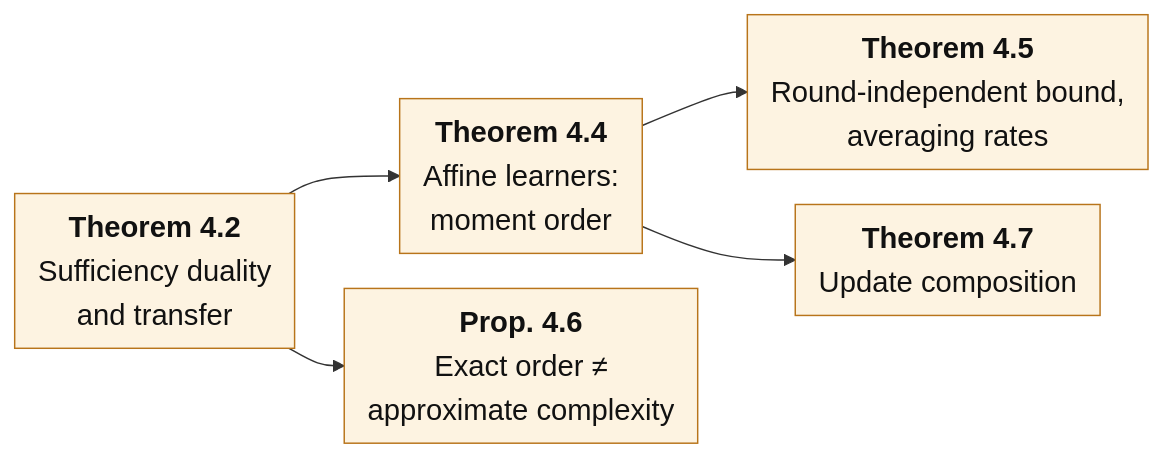
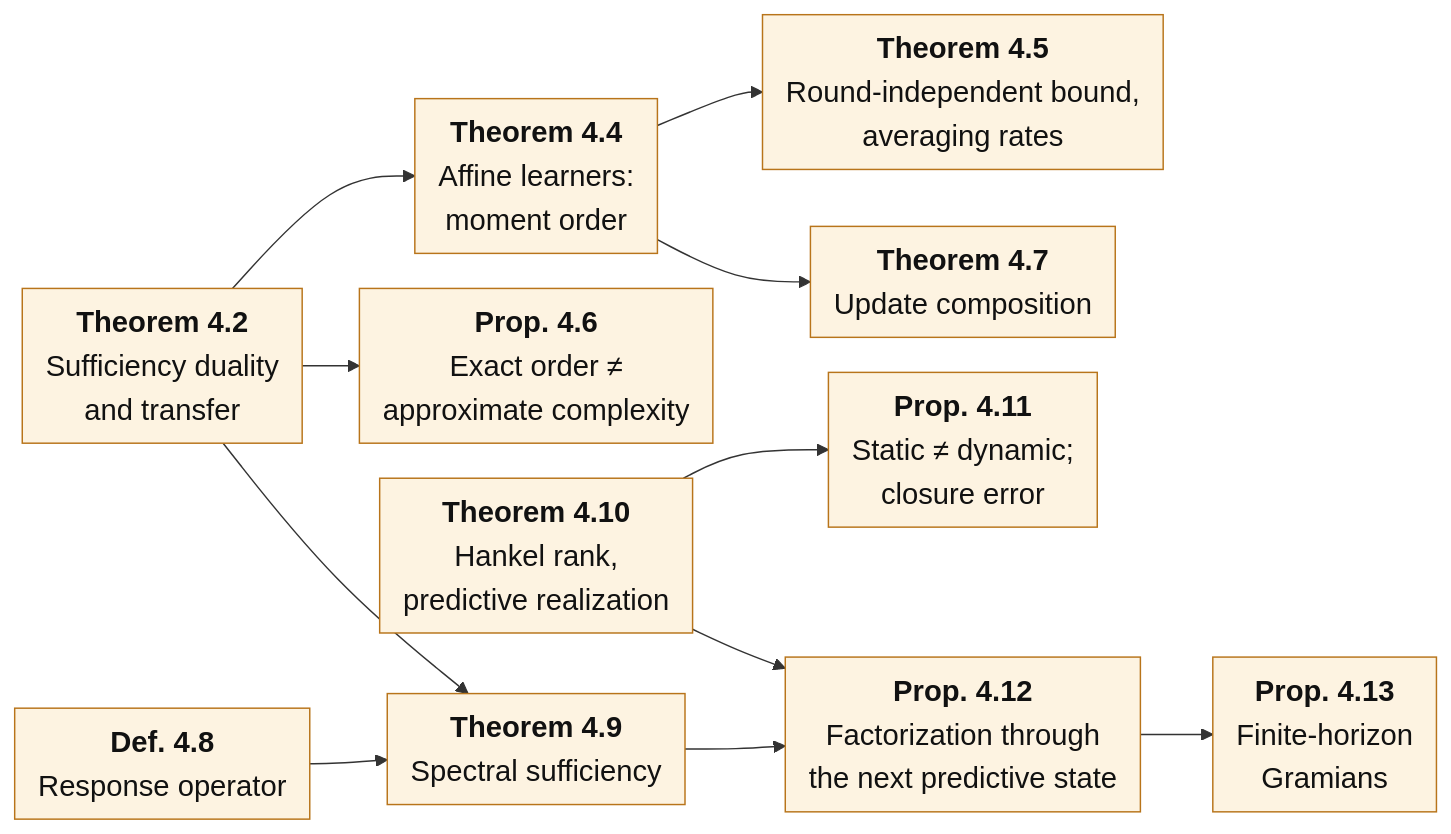
The fourth of 9 diagrams in theoretical_framework/README.md (XueqiC/ICML27_agent_distillation), drawn with Mermaid before and after one commit. The commit also changed other lines of this file and 222 other files, not shown here.

First line of the commit message:
Framework v0.17: continued-training sufficiency with the response operator as the unifying object

````diff
--- a/theoretical_framework/README.md
+++ b/theoretical_framework/README.md
@@ -334,14 +360,26 @@
 ```mermaid
 %%{init: {"themeVariables": {"fontSize": "20px"}, "flowchart": {"nodeSpacing": 24, "rankSpacing": 34, "padding": 8, "wrappingWidth": 260}}}%%
 flowchart LR
   T2["<b>Theorem 4.2</b><br/>Sufficiency duality<br/>and transfer"]:::b3
   T4["<b>Theorem 4.4</b><br/>Affine learners:<br/>moment order"]:::b3
   T5["<b>Theorem 4.5</b><br/>Round-independent bound,<br/>averaging rates"]:::b3
   P6["<b>Prop. 4.6</b><br/>Exact order ≠<br/>approximate complexity"]:::b3
   T7["<b>Theorem 4.7</b><br/>Update composition"]:::b3
+  D8["<b>Def. 4.8</b><br/>Response operator"]:::b3
+  T9["<b>Theorem 4.9</b><br/>Spectral sufficiency"]:::b3
+  T10["<b>Theorem 4.10</b><br/>Hankel rank,<br/>predictive realization"]:::b3
+  P11["<b>Prop. 4.11</b><br/>Static ≠ dynamic;<br/>closure error"]:::b3
+  P12["<b>Prop. 4.12</b><br/>Factorization through<br/>the next predictive state"]:::b3
+  P13["<b>Prop. 4.13</b><br/>Finite-horizon<br/>Gramians"]:::b3
   T2 --> T4
   T4 --> T5
   T2 --> P6
   T4 --> T7
+  T2 --> T9
+  D8 --> T9
+  T10 --> P11
+  T10 --> P12
+  T9 --> P12
+  P12 --> P13
   classDef b3 fill:#fdf3e1,stroke:#b8741a,color:#111
 ```
````
